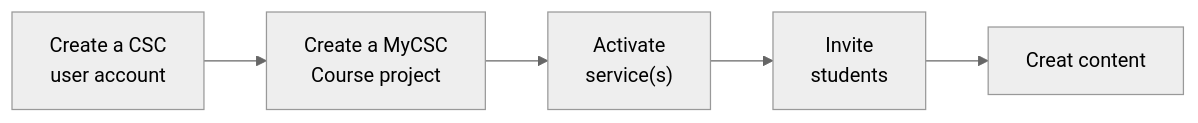
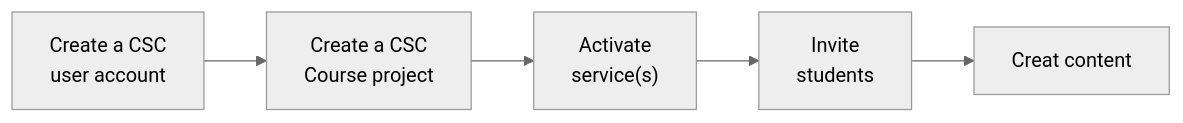
The diagram in docs/support/tutorials/services-for-courses.md (CSCfi/csc-user-guide), drawn with Mermaid (neutral theme) before and after one commit. The commit also changed other lines of this file, not shown here.

````diff
--- a/docs/support/tutorials/services-for-courses.md
+++ b/docs/support/tutorials/services-for-courses.md
@@ -3,12 +3,12 @@
 ```mermaid
 graph LR;
     A["Create a CSC
        user account"] --> B;
-    B["Create a MyCSC
+    B["Create a CSC
        Course project"] --> C;
     C["Activate
        service(s)"] --> D;
     D["Invite
        students"] --> E;
     E["Creat content"]
 ```
````
